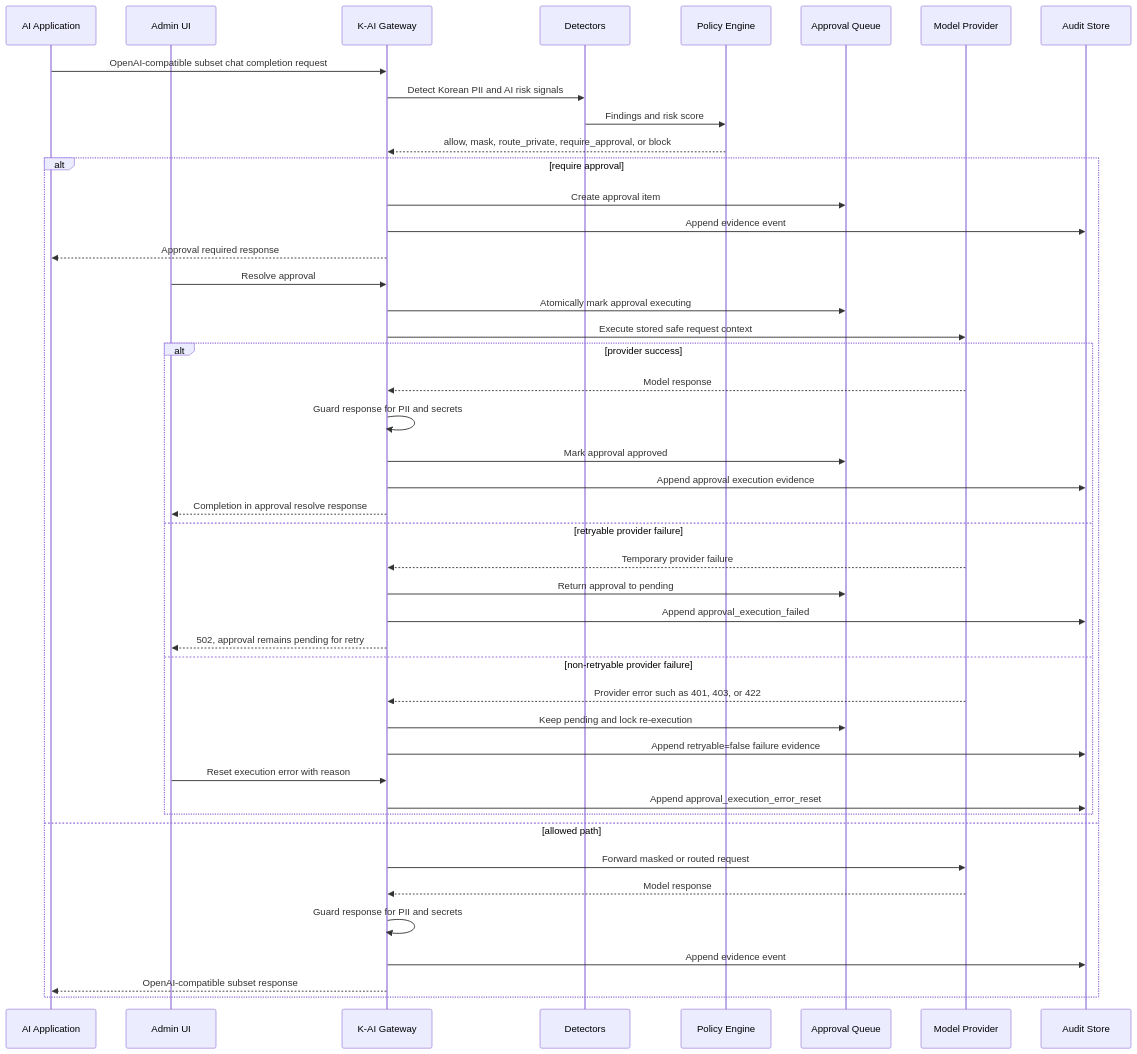
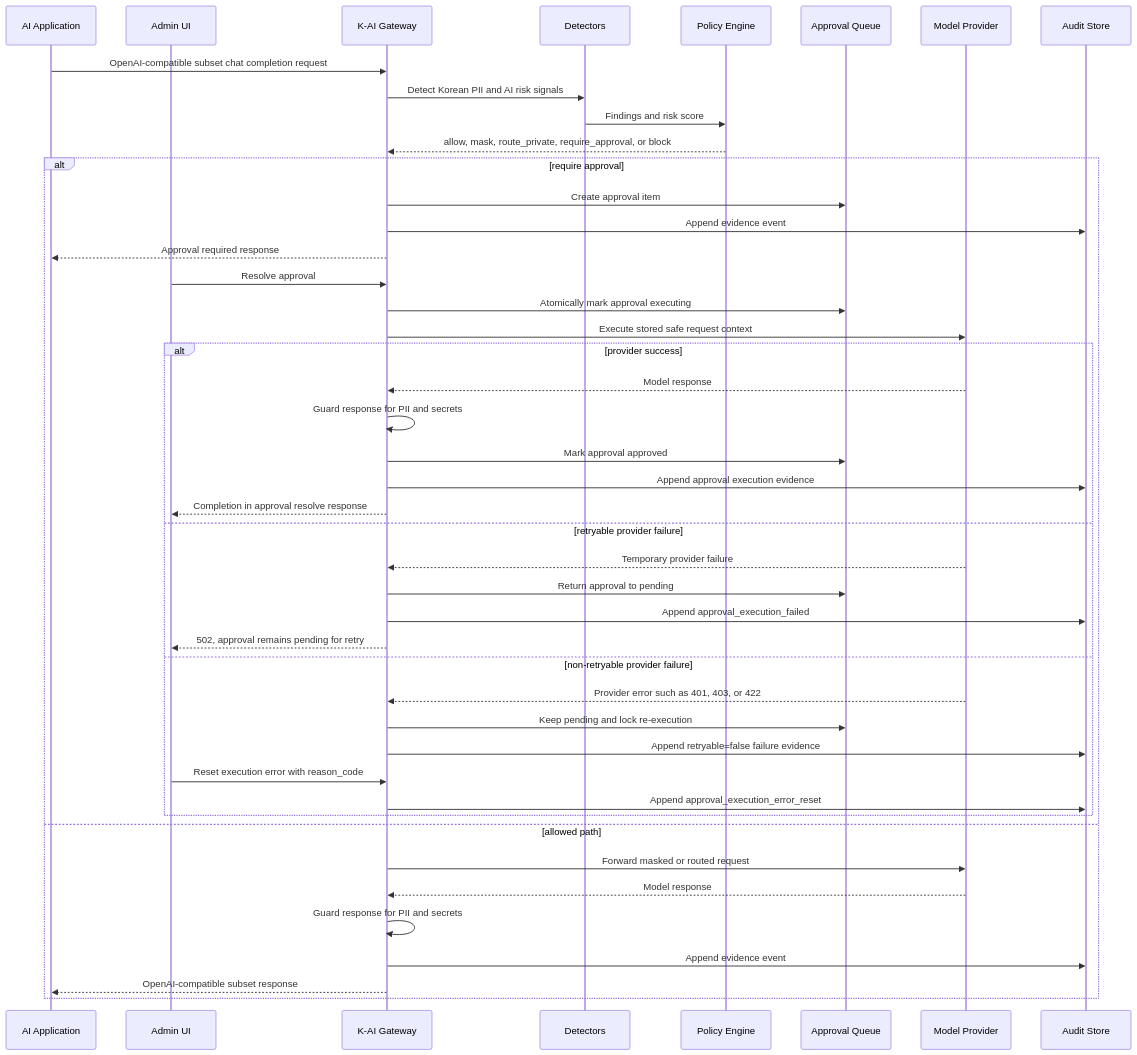
One commit to sinmb79/k-ai-security-gateway changed the second of 2 diagrams in README.md. Above: the diagram before and after it, drawn with Mermaid. The commit also changed other lines of this file and 12 other files, not shown here.

````diff
--- a/README.md
+++ b/README.md
@@ -71,48 +71,48 @@
 ```mermaid
 sequenceDiagram
     participant App as AI Application
     participant Admin as Admin UI
     participant GW as K-AI Gateway
     participant D as Detectors
     participant P as Policy Engine
     participant Q as Approval Queue
     participant M as Model Provider
     participant A as Audit Store
 
     App->>GW: OpenAI-compatible subset chat completion request
     GW->>D: Detect Korean PII and AI risk signals
     D->>P: Findings and risk score
     P-->>GW: allow, mask, route_private, require_approval, or block
     alt require approval
         GW->>Q: Create approval item
         GW->>A: Append evidence event
         GW-->>App: Approval required response
         Admin->>GW: Resolve approval
         GW->>Q: Atomically mark approval executing
         GW->>M: Execute stored safe request context
         alt provider success
             M-->>GW: Model response
             GW->>GW: Guard response for PII and secrets
             GW->>Q: Mark approval approved
             GW->>A: Append approval execution evidence
             GW-->>Admin: Completion in approval resolve response
         else retryable provider failure
             M-->>GW: Temporary provider failure
             GW->>Q: Return approval to pending
             GW->>A: Append approval_execution_failed
             GW-->>Admin: 502, approval remains pending for retry
         else non-retryable provider failure
             M-->>GW: Provider error such as 401, 403, or 422
             GW->>Q: Keep pending and lock re-execution
             GW->>A: Append retryable=false failure evidence
-            Admin->>GW: Reset execution error with reason
+            Admin->>GW: Reset execution error with reason_code
             GW->>A: Append approval_execution_error_reset
         end
     else allowed path
         GW->>M: Forward masked or routed request
         M-->>GW: Model response
         GW->>GW: Guard response for PII and secrets
         GW->>A: Append evidence event
         GW-->>App: OpenAI-compatible subset response
     end
 ```
````
